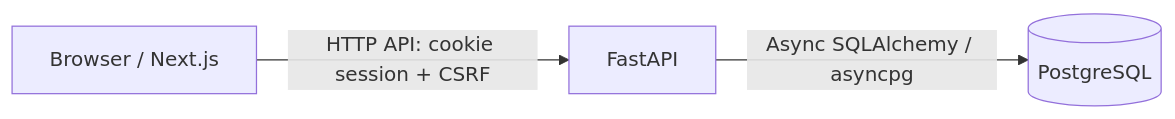
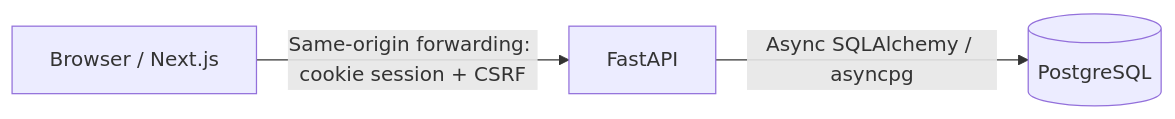
The diagram in README.md (Chaitanya7777777/CampusCollab), drawn with Mermaid before and after one commit. The commit also changed other lines of this file and 1 other file, not shown here.

````diff
--- a/README.md
+++ b/README.md
@@ -27,5 +31,5 @@
 ```mermaid
 flowchart LR
-    UI["Browser / Next.js"] -->|"HTTP API: cookie session + CSRF"| API["FastAPI"]
+    UI["Browser / Next.js"] -->|"Same-origin forwarding: cookie session + CSRF"| API["FastAPI"]
     API -->|"Async SQLAlchemy / asyncpg"| DB[(PostgreSQL)]
 ```
````
